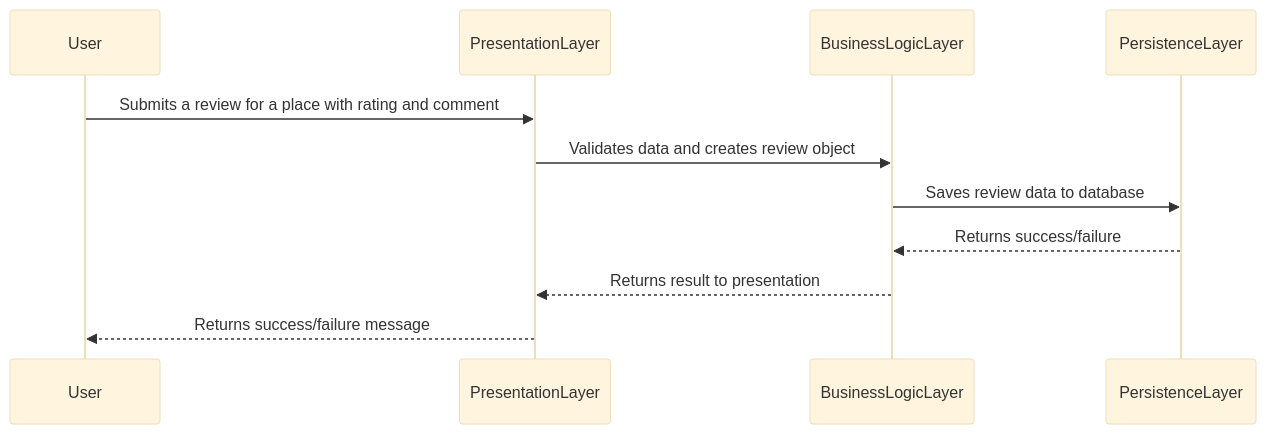
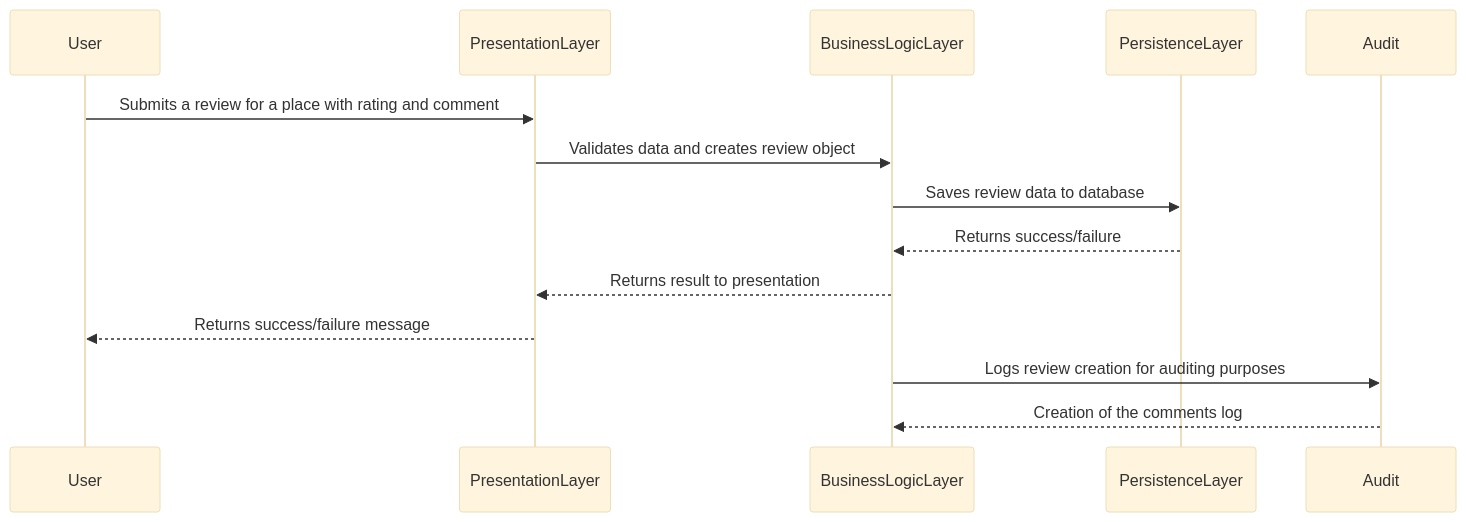
One commit to Maniok19/holbertonschool-hbnb changed the diagram in SequenceDiagramReviewSubmission.mmd. Above: the diagram before and after it, drawn with Mermaid (base theme).

Commit message:
Enhance sequence diagram for review submission to include audit logging for review creation

```diff
--- a/SequenceDiagramReviewSubmission.mmd
+++ b/SequenceDiagramReviewSubmission.mmd
@@ -1,12 +1,15 @@
 sequenceDiagram
   participant User
   participant PresentationLayer
   participant BusinessLogicLayer
   participant PersistenceLayer
+  participant Audit
 
   User->>PresentationLayer: Submits a review for a place with rating and comment
   PresentationLayer->>BusinessLogicLayer: Validates data and creates review object
   BusinessLogicLayer->>PersistenceLayer: Saves review data to database
   PersistenceLayer-->>BusinessLogicLayer: Returns success/failure
   BusinessLogicLayer-->>PresentationLayer: Returns result to presentation
   PresentationLayer-->>User: Returns success/failure message
+  BusinessLogicLayer->>Audit: Logs review creation for auditing purposes
+  Audit-->>BusinessLogicLayer: Creation of the comments log
```
